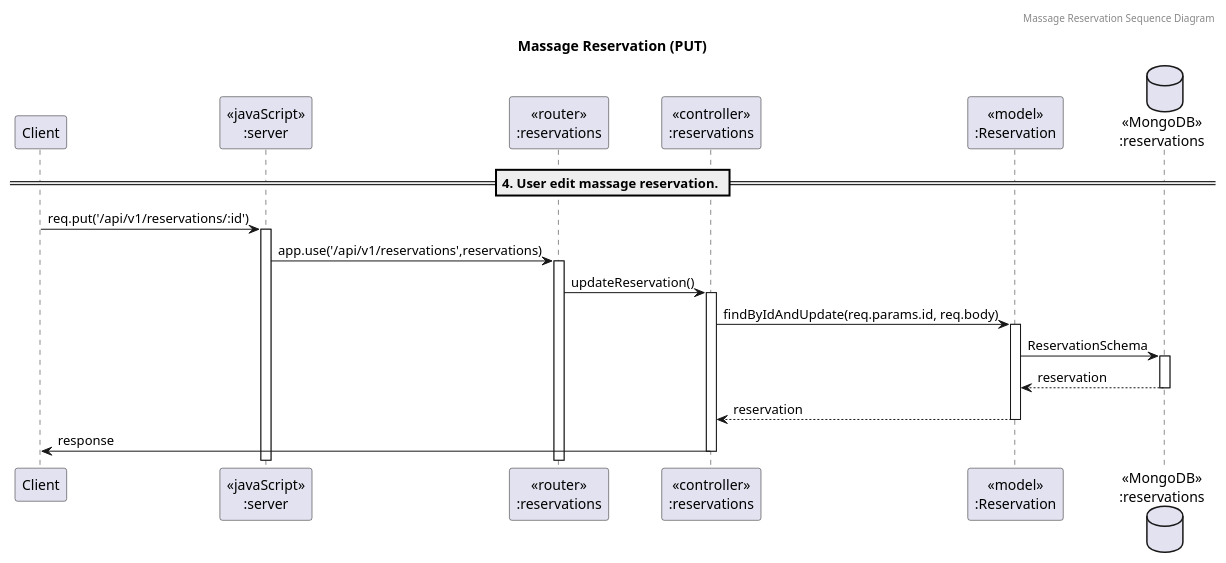
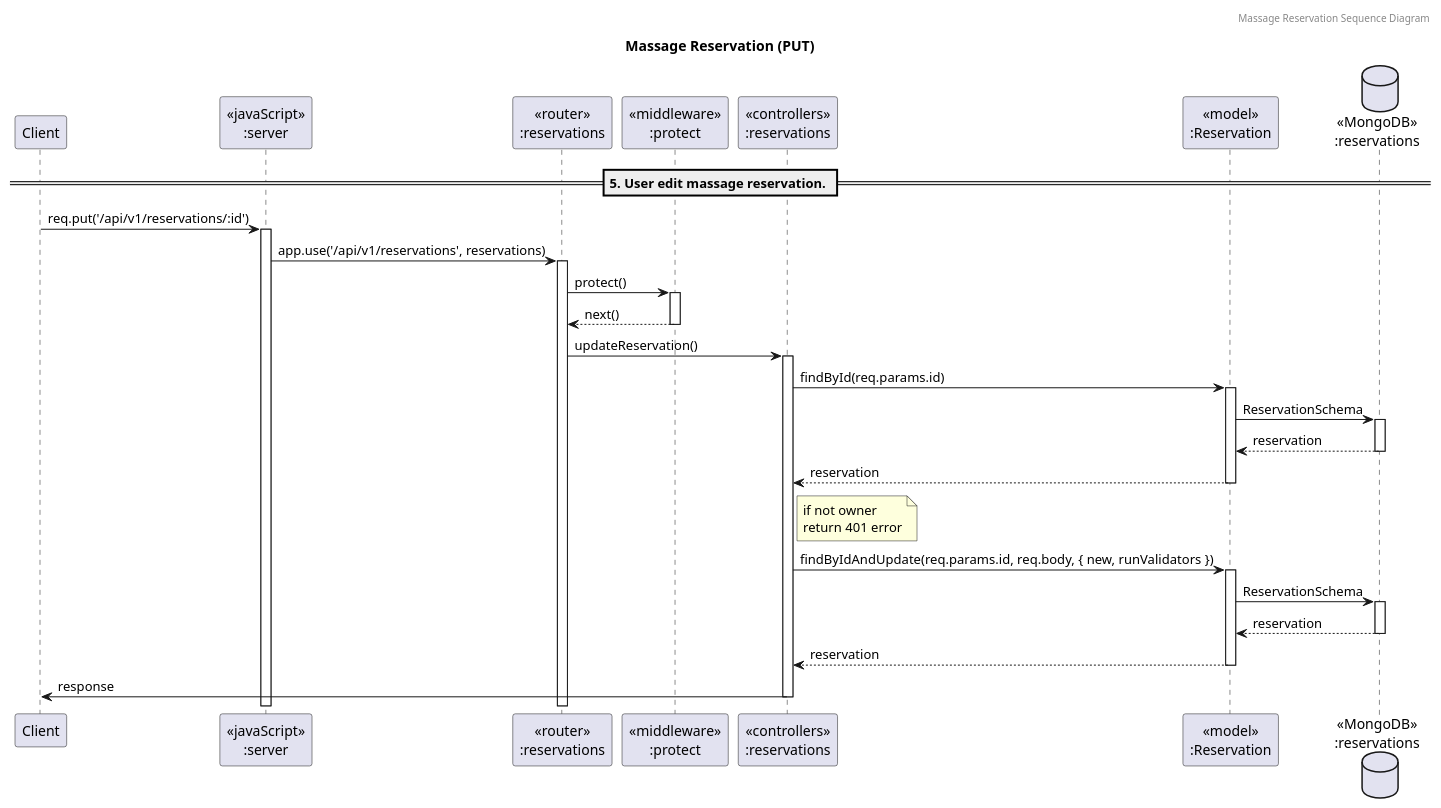
One commit to 14two-77/be-project-68-fangaodiwa changed the diagram in docs/sequence-diagram/sequence-diagram_5.puml. Above: the diagram before and after it, drawn with PlantUML. The commit also changed 26 other files, not shown here.

Commit message:
add diagram

```diff
--- a/docs/sequence-diagram/sequence-diagram_5.puml
+++ b/docs/sequence-diagram/sequence-diagram_5.puml
@@ -1,24 +1,32 @@
 @startuml sequence-diagram
 
 header Massage Reservation Sequence Diagram
 title "Massage Reservation (PUT)"
 
 participant "Client" as client
 participant "<<javaScript>>\n:server" as server
 participant "<<router>>\n:reservations" as routerReservations
-participant "<<controller>>\n:reservations" as controllersReservations
+participant "<<middleware>>\n:protect" as middlewareProtect
+participant "<<controllers>>\n:reservations" as controllersReservations
 participant "<<model>>\n:Reservation" as modelReservation
 database "<<MongoDB>>\n:reservations" as reservationsDatabase
 
-== 4. User edit massage reservation. ==
+== 5. User edit massage reservation. ==
 
 client -> server ++: req.put('/api/v1/reservations/:id')
-server -> routerReservations ++: app.use('/api/v1/reservations',reservations)
+server -> routerReservations ++: app.use('/api/v1/reservations', reservations)
+routerReservations -> middlewareProtect ++: protect()
+middlewareProtect --> routerReservations --: next()
 routerReservations -> controllersReservations ++: updateReservation()
-controllersReservations-> modelReservation ++: findByIdAndUpdate(req.params.id, req.body)
+controllersReservations -> modelReservation ++: findById(req.params.id)
+modelReservation -> reservationsDatabase ++: ReservationSchema
+reservationsDatabase --> modelReservation --: reservation
+controllersReservations <-- modelReservation --: reservation
+note right of controllersReservations: if not owner\nreturn 401 error
+controllersReservations -> modelReservation ++: findByIdAndUpdate(req.params.id, req.body, { new, runValidators })
 modelReservation -> reservationsDatabase ++: ReservationSchema
 reservationsDatabase --> modelReservation --: reservation
 controllersReservations <-- modelReservation --: reservation
 controllersReservations -> client --: response
 
 @enduml
```
